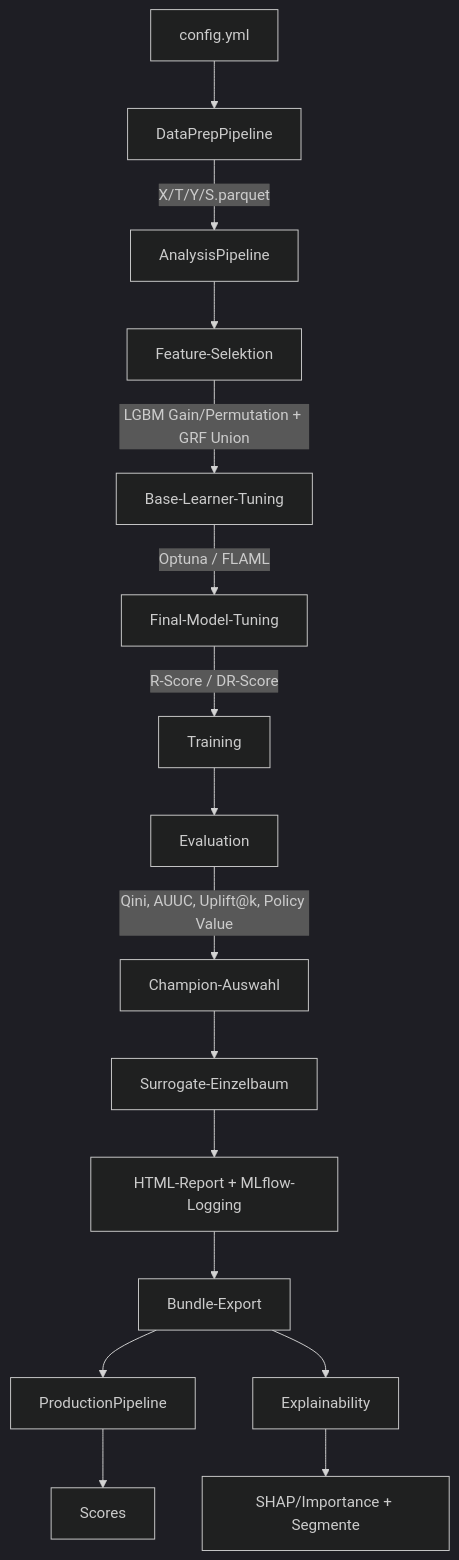
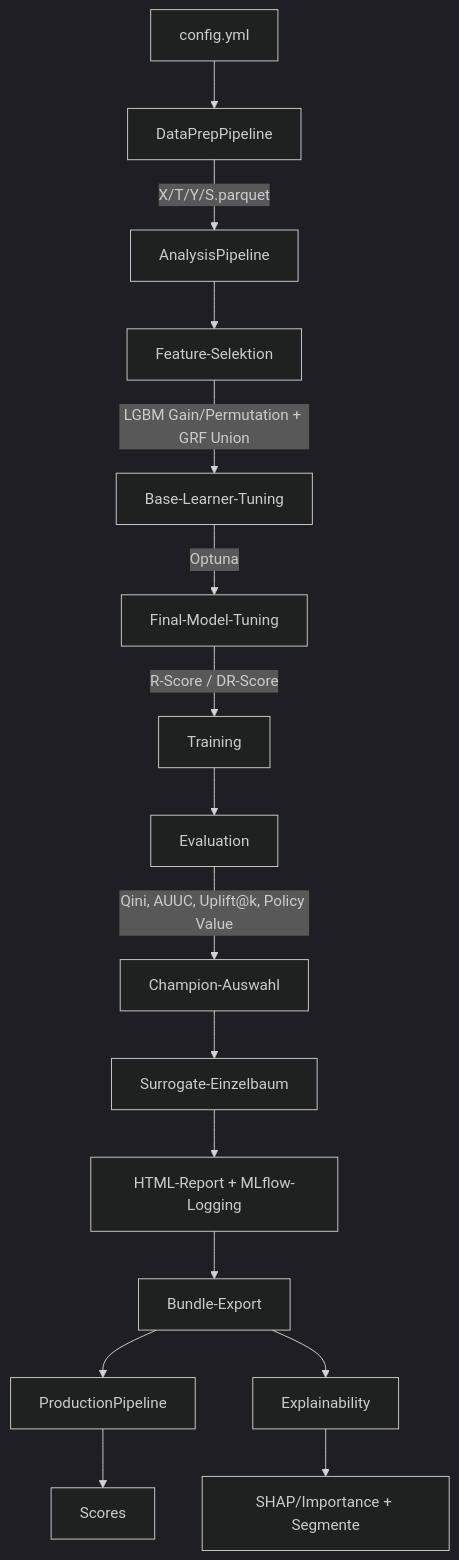
One commit to lh1808/rambo changed the diagram in rubinyama/docs/architektur.md. Above: the diagram before and after it, drawn with Mermaid (dark theme). The commit also changed other lines of this file and 33 other files, not shown here.

````diff
--- a/rubinyama/docs/architektur.md
+++ b/rubinyama/docs/architektur.md
@@ -13,20 +13,20 @@
 ```mermaid
 flowchart TD
     A[config.yml] --> B[DataPrepPipeline]
     B -->|X/T/Y/S.parquet| D[AnalysisPipeline]
 
     D --> D1[Feature-Selektion]
     D1 -->|LGBM Gain/Permutation + GRF Union| D2[Base-Learner-Tuning]
-    D2 -->|Optuna / FLAML| D3[Final-Model-Tuning]
+    D2 -->|Optuna| D3[Final-Model-Tuning]
     D3 -->|R-Score / DR-Score| D4[Training]
     D4 --> D5[Evaluation]
     D5 -->|Qini, AUUC, Uplift@k, Policy Value| D6[Champion-Auswahl]
     D6 --> D7[Surrogate-Einzelbaum]
     D7 --> D8[HTML-Report + MLflow-Logging]
     D8 --> D9[Bundle-Export]
 
     D9 --> P[ProductionPipeline]
     D9 --> E[Explainability]
     P --> S[Scores]
     E --> R[SHAP/Importance + Segmente]
 ```
````
